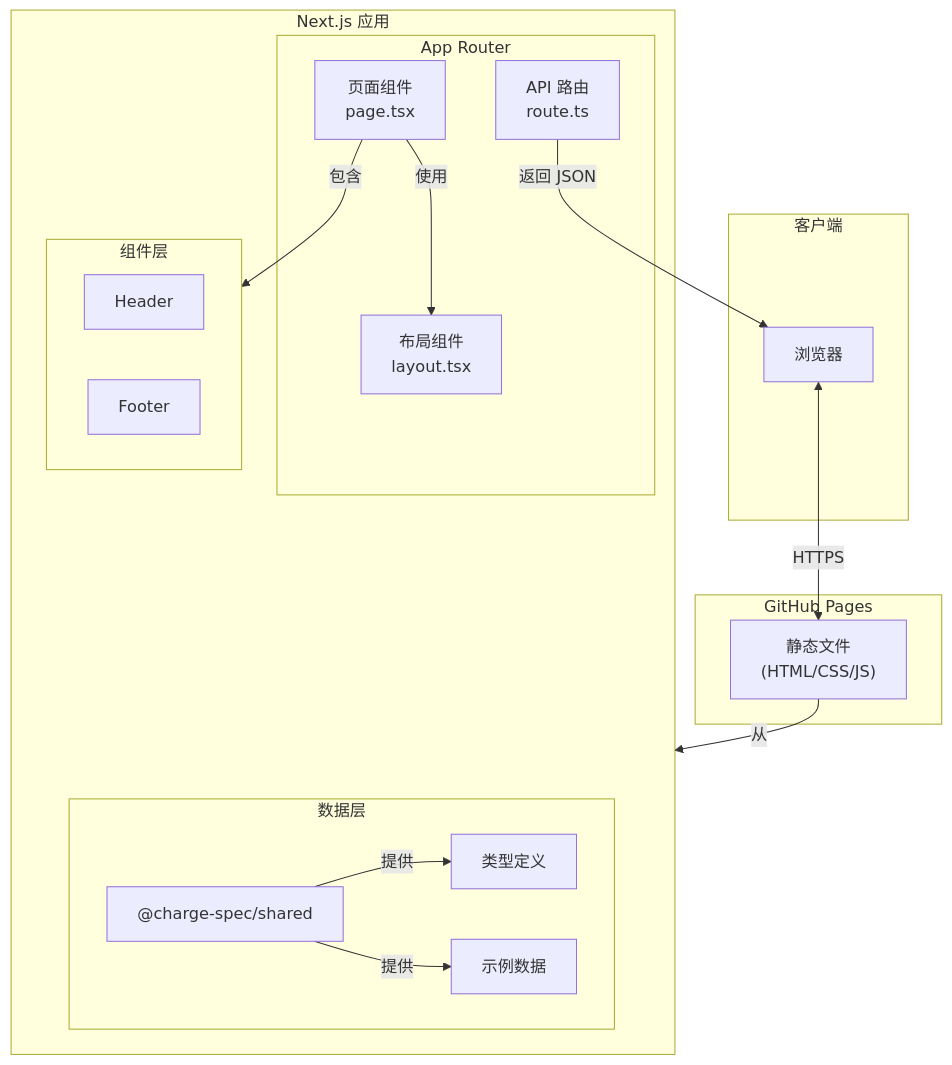
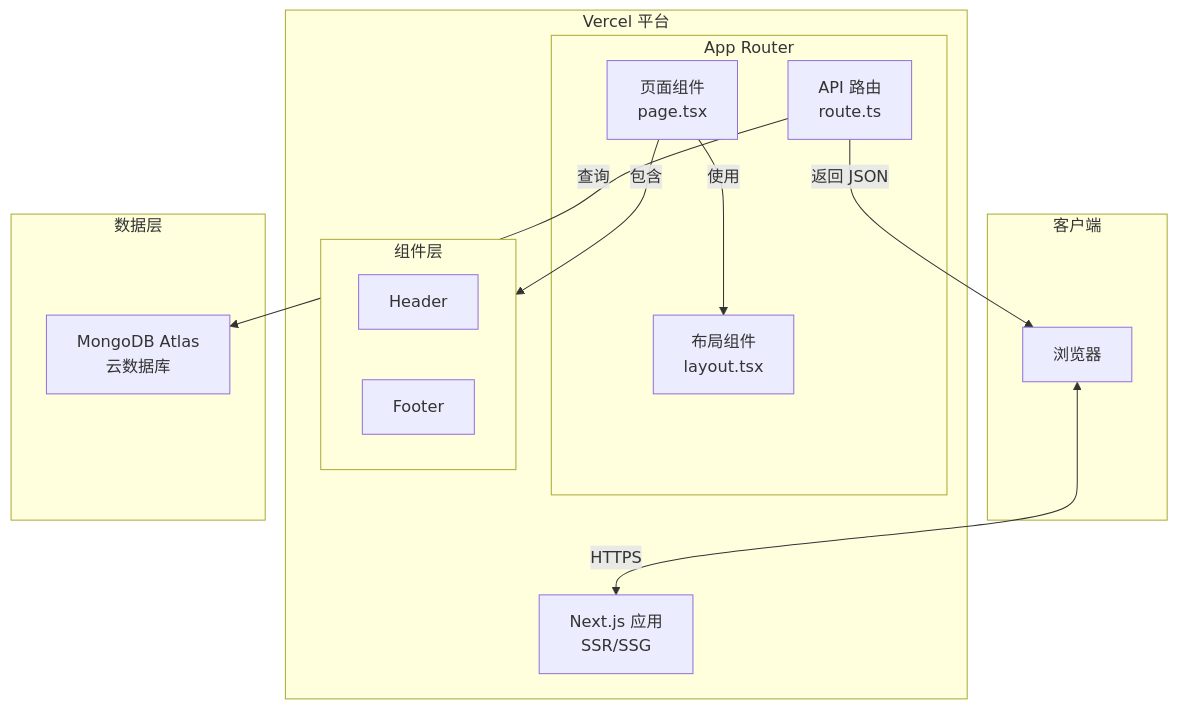
Before and after one commit to melchior-voidwolf/charge-spec: the first of 4 diagrams in README.md, drawn with Mermaid. The commit also changed other lines of this file and 8 other files, not shown here.

````diff
--- a/README.md
+++ b/README.md
@@ -37,37 +37,31 @@
 ```mermaid
 flowchart TB
     subgraph Client["客户端"]
         Browser["浏览器"]
     end
 
-    subgraph GitHubPages["GitHub Pages"]
-        StaticFiles["静态文件<br/>(HTML/CSS/JS)"]
-    end
+    subgraph Vercel["Vercel 平台"]
+        NextJS["Next.js 应用<br/>SSR/SSG"]
 
-    subgraph NextJS["Next.js 应用"]
         subgraph AppRouter["App Router"]
             Pages["页面组件<br/>page.tsx"]
             Layouts["布局组件<br/>layout.tsx"]
             API["API 路由<br/>route.ts"]
         end
 
         subgraph Components["组件层"]
             Header["Header"]
             Footer["Footer"]
         end
-
-        subgraph DataLayer["数据层"]
-            SharedPkg["@charge-spec/shared"]
-            Types["类型定义"]
-            SampleData["示例数据"]
-        end
     end
 
-    Browser <-->|HTTPS| StaticFiles
-    StaticFiles -->|从| NextJS
+    subgraph Database["数据层"]
+        MongoDB["MongoDB Atlas<br/>云数据库"]
+    end
+
+    Browser <-->|HTTPS| NextJS
     Pages -->|使用| Layouts
     Pages -->|包含| Components
+    API -->|查询| MongoDB
     API -->|返回 JSON| Browser
-    SharedPkg -->|提供| Types
-    SharedPkg -->|提供| SampleData
 ```
````
